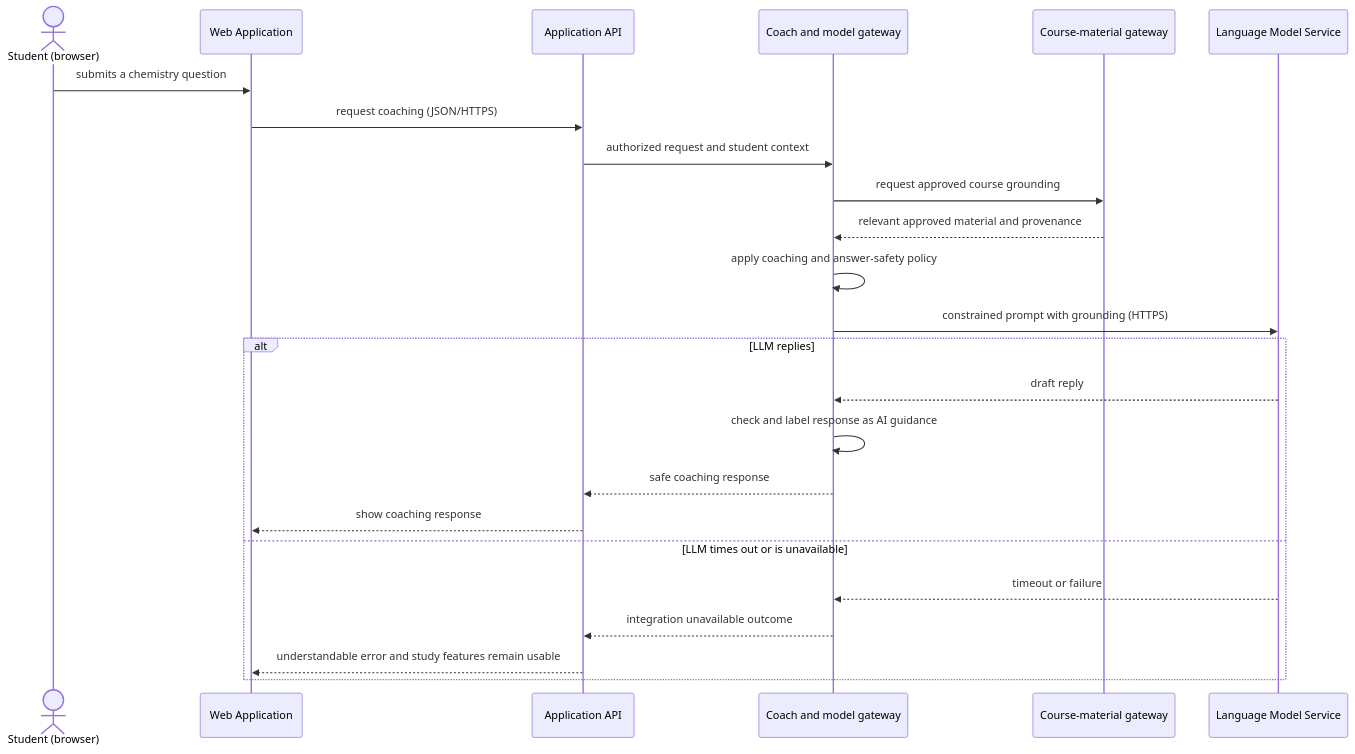
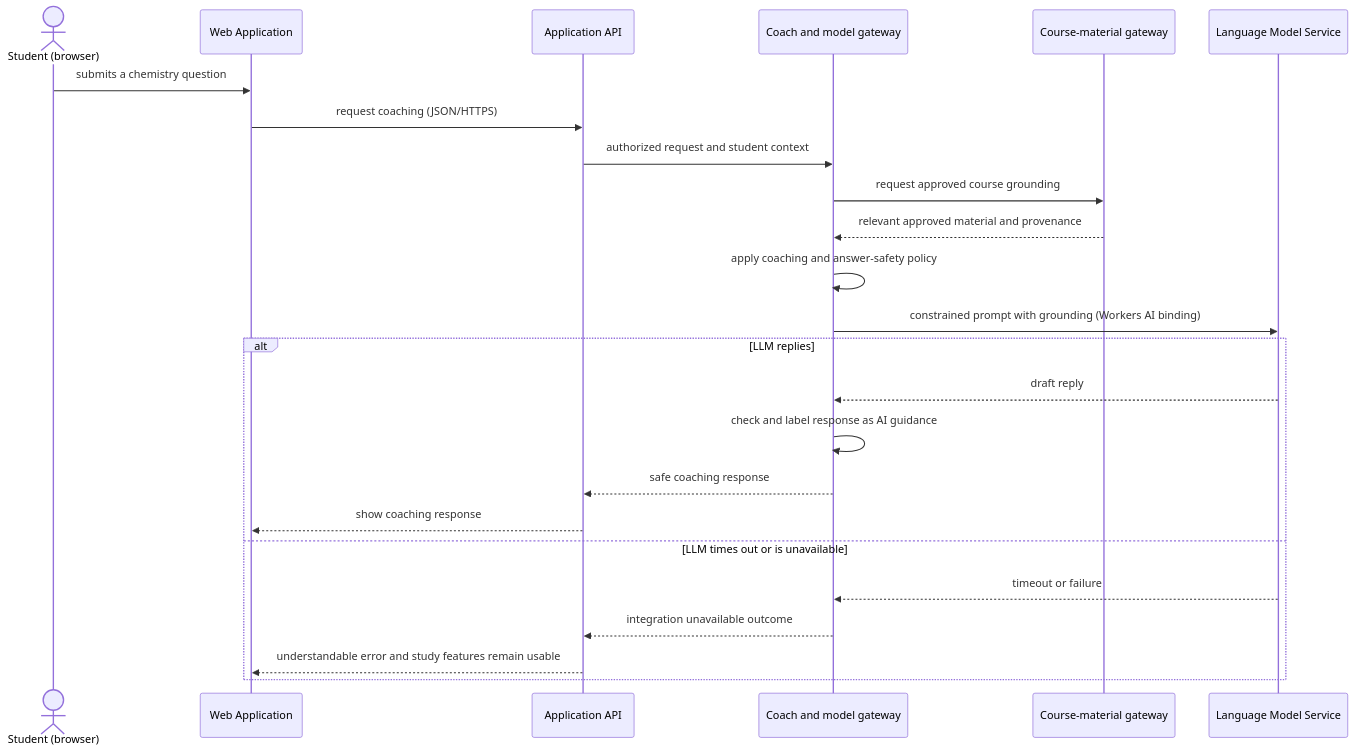
One commit to Boommage/Gen-Chem-MC changed the sixth of 6 diagrams in docs/design/architectural-design.md. Above: the diagram before and after it, drawn with Mermaid. The commit also changed other lines of this file and 9 other files, not shown here.

````diff
--- a/docs/design/architectural-design.md
+++ b/docs/design/architectural-design.md
@@ -274,27 +275,27 @@
 ```mermaid
 sequenceDiagram
     actor S as Student (browser)
     participant SPA as Web Application
     participant API as Application API
     participant Coach as Coach and model gateway
     participant Content as Course-material gateway
     participant LLM as Language Model Service
 
     S->>SPA: submits a chemistry question
     SPA->>API: request coaching (JSON/HTTPS)
     API->>Coach: authorized request and student context
     Coach->>Content: request approved course grounding
     Content-->>Coach: relevant approved material and provenance
     Coach->>Coach: apply coaching and answer-safety policy
-    Coach->>LLM: constrained prompt with grounding (HTTPS)
+    Coach->>LLM: constrained prompt with grounding (Workers AI binding)
     alt LLM replies
         LLM-->>Coach: draft reply
         Coach->>Coach: check and label response as AI guidance
         Coach-->>API: safe coaching response
         API-->>SPA: show coaching response
     else LLM times out or is unavailable
         LLM-->>Coach: timeout or failure
         Coach-->>API: integration unavailable outcome
         API-->>SPA: understandable error and study features remain usable
     end
 ```
````
